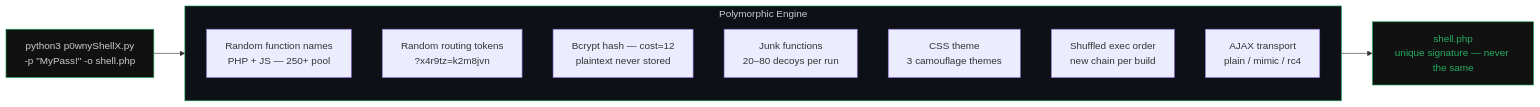
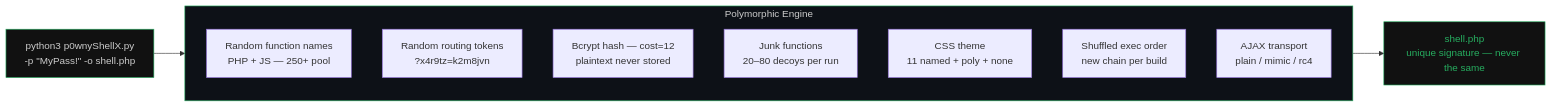
The diagram in README.md (franckferman/p0wnyShellX), drawn with Mermaid before and after one commit. The commit also changed other lines of this file and 3 other files, not shown here.

Commit message:
add themes: poly, none, zabbix, ctos, fsociety, russia, korea, france, usa, redux

````diff
--- a/README.md
+++ b/README.md
@@ -24,23 +24,23 @@
 ```mermaid
 flowchart LR
     A["python3 p0wnyShellX.py\n-p &quot;MyPass!&quot; -o shell.php"]
 
     subgraph engine ["Polymorphic Engine"]
         B1["Random function names\nPHP + JS — 250+ pool"]
         B2["Random routing tokens\n?x4r9tz=k2m8jvn"]
         B3["Bcrypt hash — cost=12\nplaintext never stored"]
         B4["Junk functions\n20–80 decoys per run"]
-        B5["CSS theme\n3 camouflage themes"]
+        B5["CSS theme\n11 named + poly + none"]
         B6["Shuffled exec order\nnew chain per build"]
         B7["AJAX transport\nplain / mimic / rc4"]
     end
 
     C["shell.php\nunique signature — never the same"]
 
     A --> engine
     engine --> C
 
     style engine fill:#0d1117,stroke:#27ae60,color:#ccc
     style A fill:#111,stroke:#27ae60,color:#ccc
     style C fill:#111,stroke:#27ae60,color:#27ae60
 ```
````
